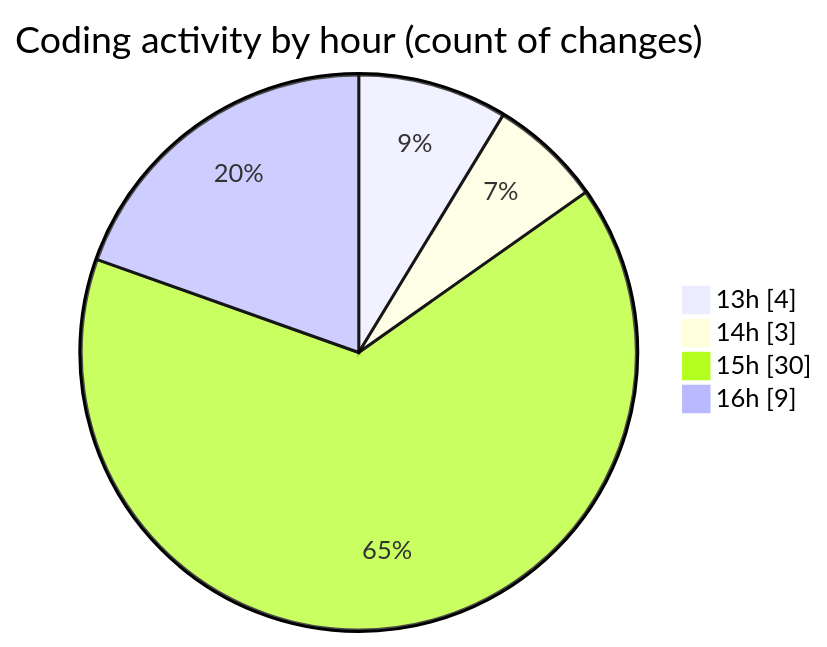
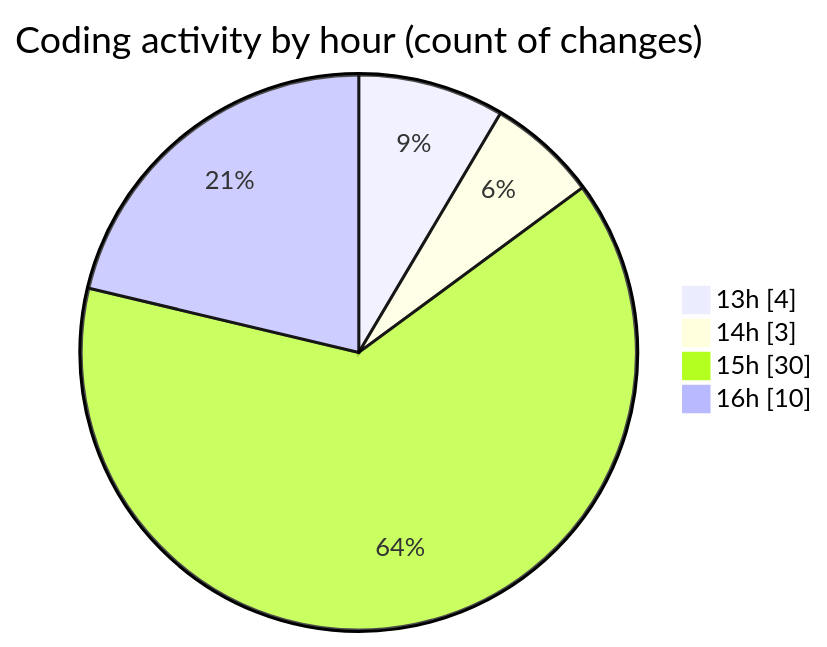
Before and after one commit to EIIisD/code-tracking: the second of 2 diagrams in 2025-08-11/ribbon/README.md, drawn with Mermaid. The commit also changed other lines of this file and 1 other file, not shown here.

````diff
--- a/2025-08-11/ribbon/README.md
+++ b/2025-08-11/ribbon/README.md
@@ -49,8 +49,8 @@
 ```mermaid
 pie showData
 title Coding activity by hour (count of changes)
 "13h" : 4
 "14h" : 3
 "15h" : 30
-"16h" : 9
+"16h" : 10
 ```
````
